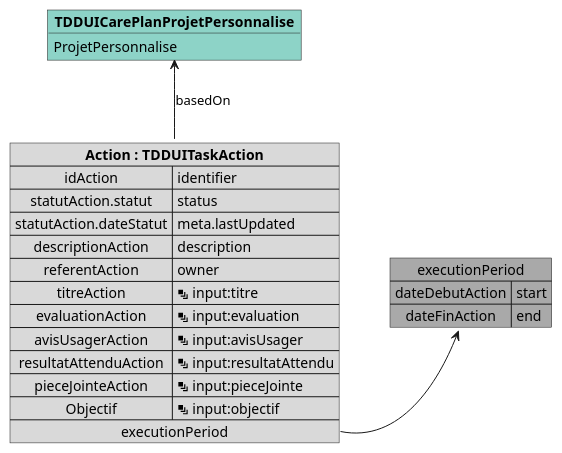
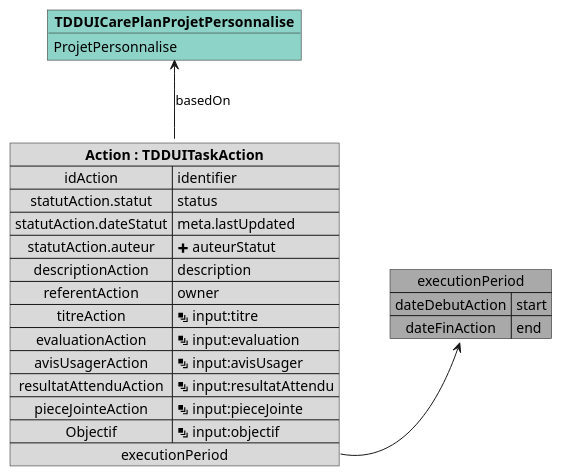
One commit to ansforge/IG-fhir-medicosocial-transfert-donnees-dui changed the diagram in input/images-source/mapping_TDDUITaskAction.plantuml. Above: the diagram before and after it, drawn with PlantUML. The commit also changed 9 other files, not shown here.

Commit message:
add auteurStatut

```diff
--- a/input/images-source/mapping_TDDUITaskAction.plantuml
+++ b/input/images-source/mapping_TDDUITaskAction.plantuml
@@ -1,29 +1,30 @@
 @startuml
 
 map "executionPeriod" as executionPeriod #DarkGray {
     dateDebutAction => start
     dateFinAction => end
 }
 
 object "**TDDUICarePlanProjetPersonnalise**" as TDDUICarePlanProjetPersonnalise_basedOn #8dd3c7 {
     ProjetPersonnalise
 }
 
 map "**Action : TDDUITaskAction**" as Action #d9d9d9 {
     idAction => identifier
     statutAction.statut => status
     statutAction.dateStatut => meta.lastUpdated
+    statutAction.auteur => <&plus> auteurStatut
     descriptionAction => description
     referentAction => owner
     titreAction => <&layers> input:titre
     evaluationAction => <&layers> input:evaluation
     avisUsagerAction => <&layers> input:avisUsager
     resultatAttenduAction => <&layers> input:resultatAttendu
     pieceJointeAction => <&layers> input:pieceJointe
     Objectif => <&layers> input:objectif
     executionPeriod *-> executionPeriod
 }
 
 Action -u-> TDDUICarePlanProjetPersonnalise_basedOn : basedOn
 
 @enduml
```
